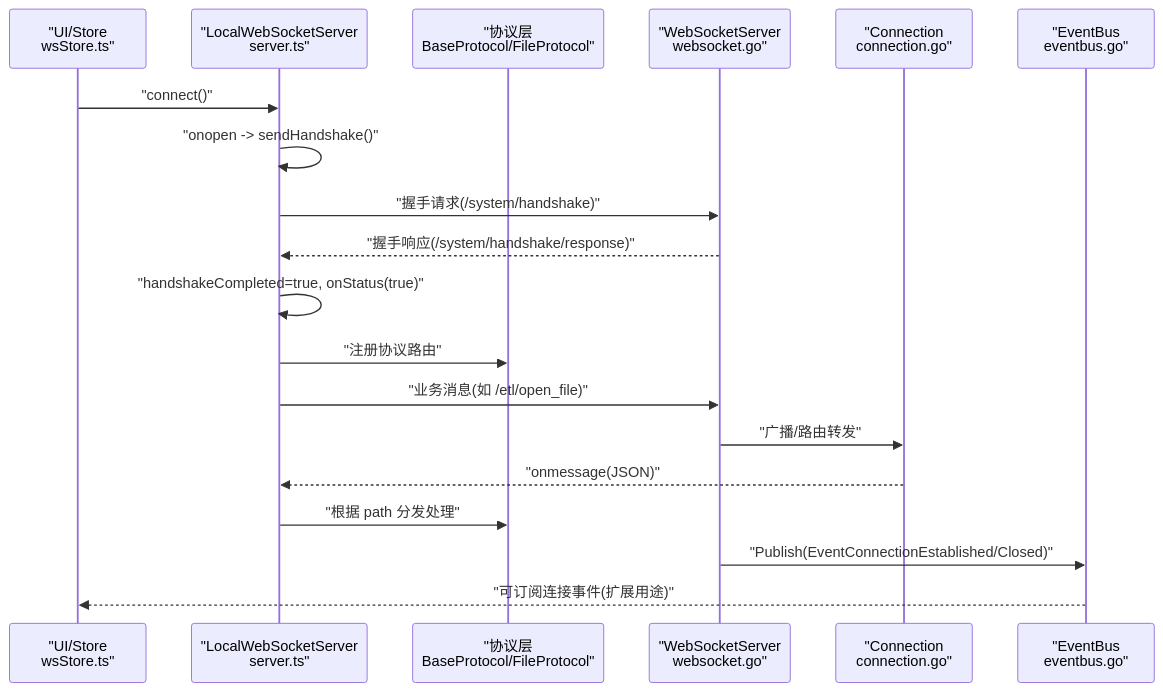
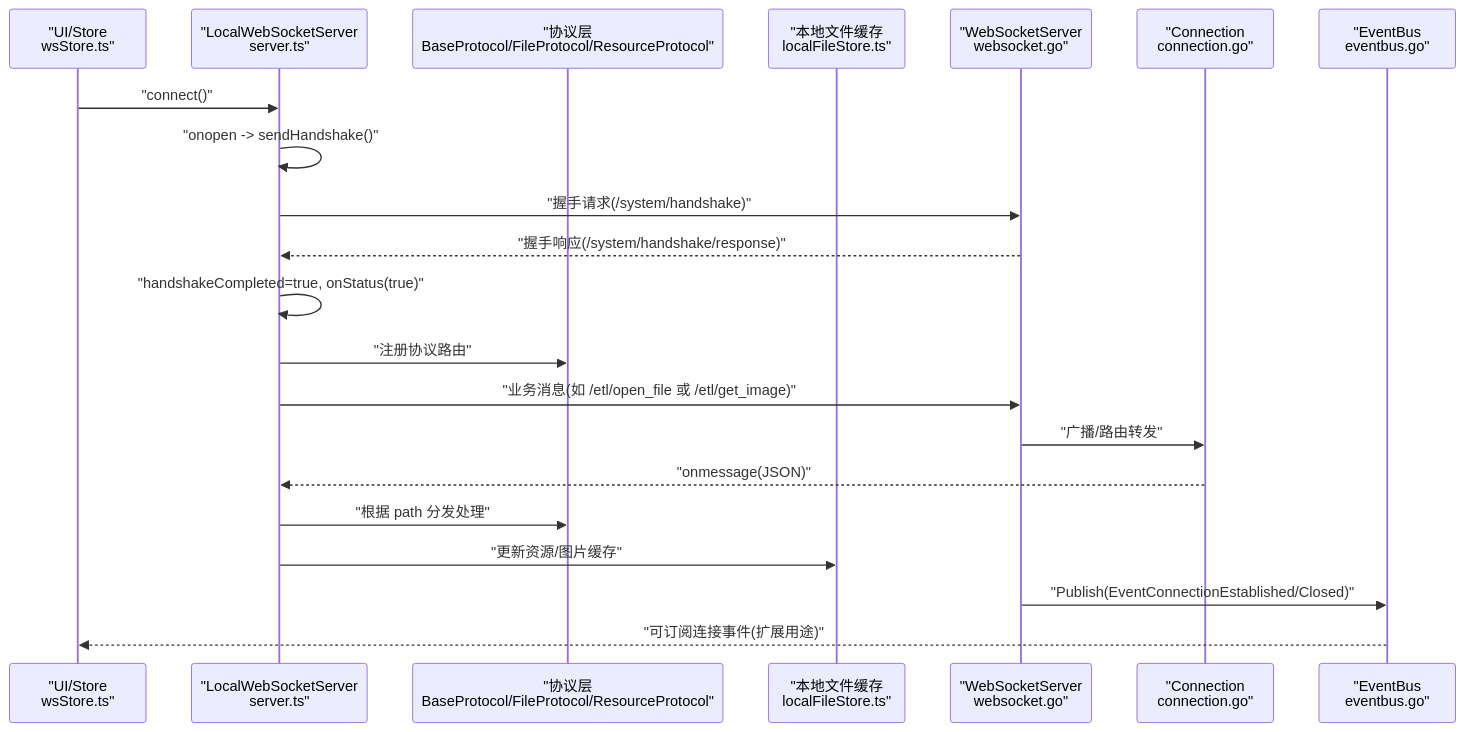
One commit to kqcoxn/MaaPipelineEditor changed the second of 6 diagrams in .qoder/repowiki/zh/content/开发者指南/WebSocket 状态管理.md. Above: the diagram before and after it, drawn with Mermaid. The commit also changed other lines of this file and 10 other files, not shown here.

````diff
--- a/.qoder/repowiki/zh/content/开发者指南/WebSocket 状态管理.md
+++ b/.qoder/repowiki/zh/content/开发者指南/WebSocket 状态管理.md
@@ -115,21 +136,23 @@
 ```mermaid
 sequenceDiagram
 participant UI as "UI/Store<br/>wsStore.ts"
 participant FE as "LocalWebSocketServer<br/>server.ts"
-participant Proto as "协议层<br/>BaseProtocol/FileProtocol"
+participant Proto as "协议层<br/>BaseProtocol/FileProtocol/ResourceProtocol"
+participant LFS as "本地文件缓存<br/>localFileStore.ts"
 participant BE as "WebSocketServer<br/>websocket.go"
 participant Conn as "Connection<br/>connection.go"
 participant Bus as "EventBus<br/>eventbus.go"
 UI->>FE : "connect()"
 FE->>FE : "onopen -> sendHandshake()"
 FE->>BE : "握手请求(/system/handshake)"
 BE-->>FE : "握手响应(/system/handshake/response)"
 FE->>FE : "handshakeCompleted=true, onStatus(true)"
 FE->>Proto : "注册协议路由"
-FE->>BE : "业务消息(如 /etl/open_file)"
+FE->>BE : "业务消息(如 /etl/open_file 或 /etl/get_image)"
 BE->>Conn : "广播/路由转发"
 Conn-->>FE : "onmessage(JSON)"
 FE->>Proto : "根据 path 分发处理"
+FE->>LFS : "更新资源/图片缓存"
 BE->>Bus : "Publish(EventConnectionEstablished/Closed)"
 Bus-->>UI : "可订阅连接事件(扩展用途)"
 ```
````
